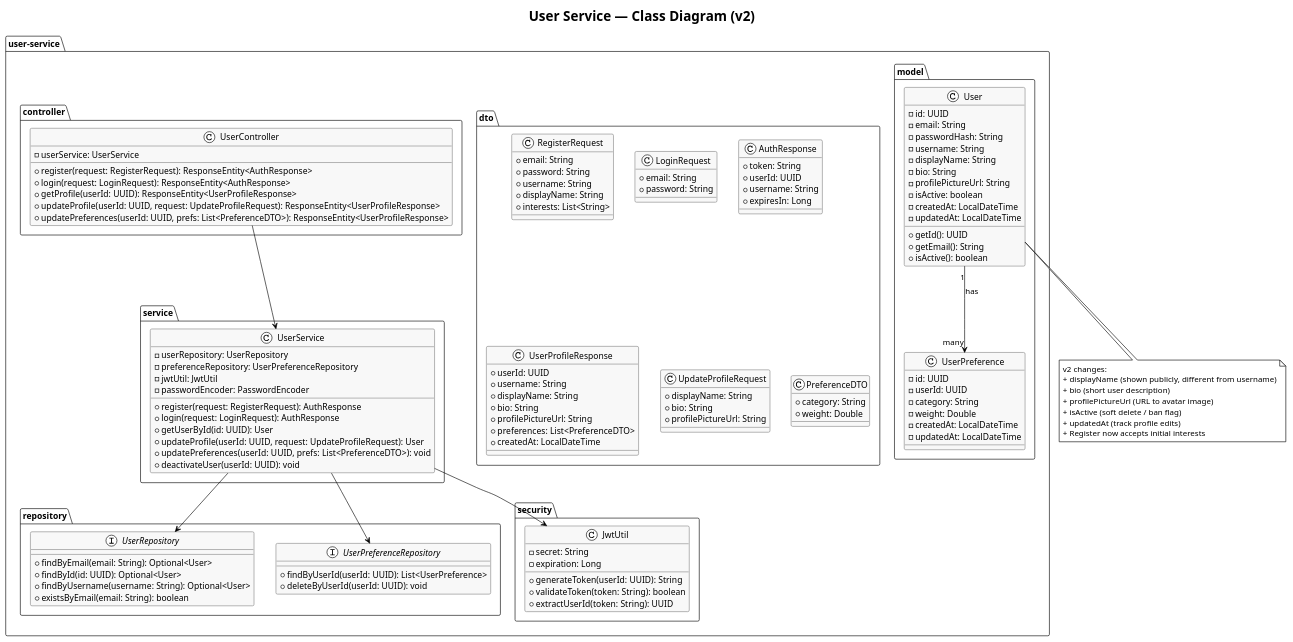
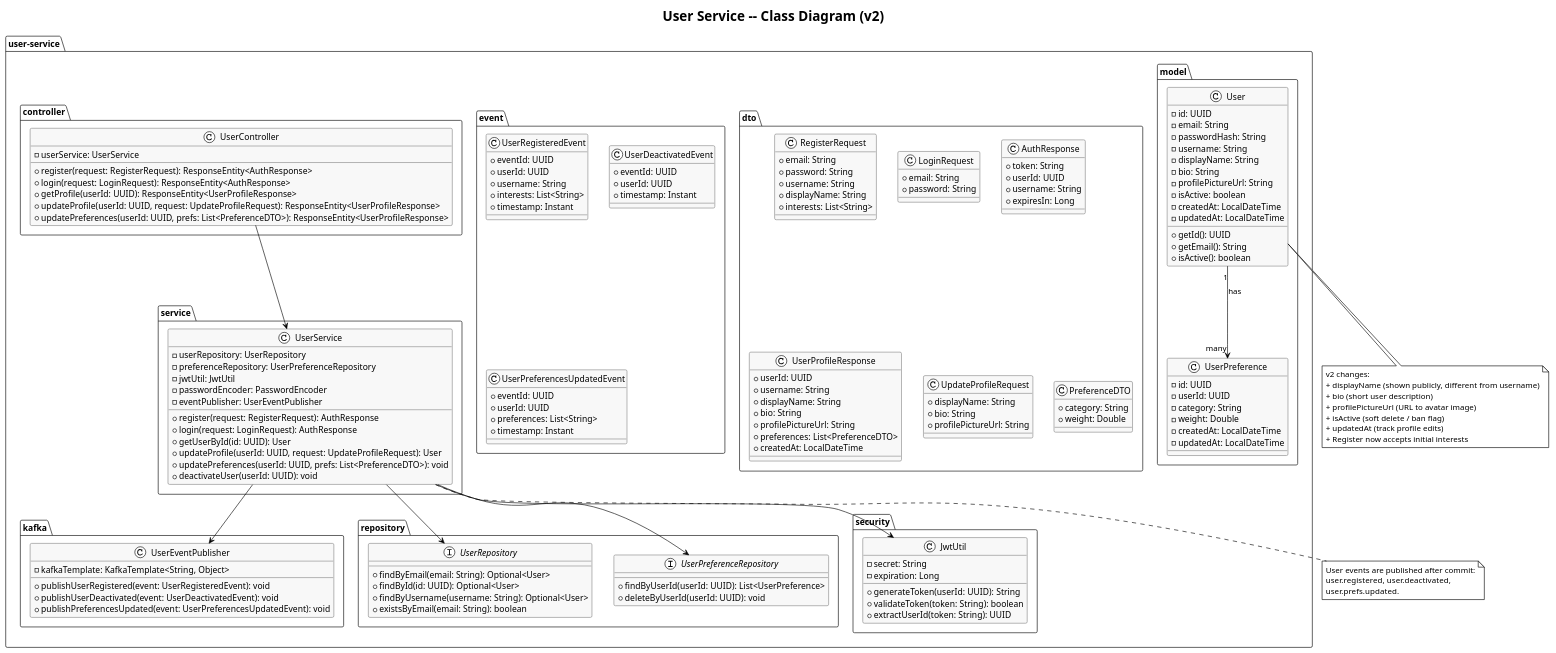
The diagram in uml/02_user_service_classes_v2.puml (AmnsAmr/recommendation_sys), drawn with PlantUML before and after one commit. The commit also changed 18 other files, not shown here.

```diff
--- a/uml/02_user_service_classes_v2.puml
+++ b/uml/02_user_service_classes_v2.puml
@@ -1,150 +1,190 @@
-@startuml User Service — Class Diagram (v2)
+@startuml User Service -- Class Diagram (v2)
 !theme plain
 skinparam backgroundColor #FFFFFF
 skinparam defaultFontName Arial
 skinparam ClassBorderColor #888888
 skinparam ClassBackgroundColor #F8F8F8
 
-title User Service — Class Diagram (v2)
+title User Service -- Class Diagram (v2)
 
 package "user-service" {
+
+  package "kafka" {
+    class UserEventPublisher {
+      - kafkaTemplate: KafkaTemplate<String, Object>
+      + publishUserRegistered(event: UserRegisteredEvent): void
+      + publishUserDeactivated(event: UserDeactivatedEvent): void
+      + publishPreferencesUpdated(event: UserPreferencesUpdatedEvent): void
+    }
+  }
 
   package "model" {
     class User {
       - id: UUID
       - email: String
       - passwordHash: String
       - username: String
       - displayName: String
       - bio: String
       - profilePictureUrl: String
       - isActive: boolean
       - createdAt: LocalDateTime
       - updatedAt: LocalDateTime
       + getId(): UUID
       + getEmail(): String
       + isActive(): boolean
     }
 
     class UserPreference {
       - id: UUID
       - userId: UUID
       - category: String
       - weight: Double
       - createdAt: LocalDateTime
       - updatedAt: LocalDateTime
     }
 
     User "1" --> "many" UserPreference : has
   }
 
   package "dto" {
     class RegisterRequest {
       + email: String
       + password: String
       + username: String
       + displayName: String
       + interests: List<String>
     }
 
     class LoginRequest {
       + email: String
       + password: String
     }
 
     class AuthResponse {
       + token: String
       + userId: UUID
       + username: String
       + expiresIn: Long
     }
 
     class UserProfileResponse {
       + userId: UUID
       + username: String
       + displayName: String
       + bio: String
       + profilePictureUrl: String
       + preferences: List<PreferenceDTO>
       + createdAt: LocalDateTime
     }
 
     class UpdateProfileRequest {
       + displayName: String
       + bio: String
       + profilePictureUrl: String
     }
 
     class PreferenceDTO {
       + category: String
       + weight: Double
     }
   }
 
+  package "event" {
+    class UserRegisteredEvent {
+      + eventId: UUID
+      + userId: UUID
+      + username: String
+      + interests: List<String>
+      + timestamp: Instant
+    }
+
+    class UserDeactivatedEvent {
+      + eventId: UUID
+      + userId: UUID
+      + timestamp: Instant
+    }
+
+    class UserPreferencesUpdatedEvent {
+      + eventId: UUID
+      + userId: UUID
+      + preferences: List<String>
+      + timestamp: Instant
+    }
+  }
+
   package "controller" {
     class UserController {
       - userService: UserService
       + register(request: RegisterRequest): ResponseEntity<AuthResponse>
       + login(request: LoginRequest): ResponseEntity<AuthResponse>
       + getProfile(userId: UUID): ResponseEntity<UserProfileResponse>
       + updateProfile(userId: UUID, request: UpdateProfileRequest): ResponseEntity<UserProfileResponse>
       + updatePreferences(userId: UUID, prefs: List<PreferenceDTO>): ResponseEntity<UserProfileResponse>
     }
   }
 
   package "service" {
     class UserService {
       - userRepository: UserRepository
       - preferenceRepository: UserPreferenceRepository
       - jwtUtil: JwtUtil
       - passwordEncoder: PasswordEncoder
+      - eventPublisher: UserEventPublisher
       + register(request: RegisterRequest): AuthResponse
       + login(request: LoginRequest): AuthResponse
       + getUserById(id: UUID): User
       + updateProfile(userId: UUID, request: UpdateProfileRequest): User
       + updatePreferences(userId: UUID, prefs: List<PreferenceDTO>): void
       + deactivateUser(userId: UUID): void
     }
   }
 
   package "repository" {
     interface UserRepository {
       + findByEmail(email: String): Optional<User>
       + findById(id: UUID): Optional<User>
       + findByUsername(username: String): Optional<User>
       + existsByEmail(email: String): boolean
     }
 
     interface UserPreferenceRepository {
       + findByUserId(userId: UUID): List<UserPreference>
       + deleteByUserId(userId: UUID): void
     }
   }
 
   package "security" {
     class JwtUtil {
       - secret: String
       - expiration: Long
       + generateToken(userId: UUID): String
       + validateToken(token: String): boolean
       + extractUserId(token: String): UUID
     }
   }
 
   UserController --> UserService
   UserService --> UserRepository
   UserService --> UserPreferenceRepository
   UserService --> JwtUtil
+  UserService --> UserEventPublisher
 }
 
 note bottom of User
   v2 changes:
   + displayName (shown publicly, different from username)
   + bio (short user description)
   + profilePictureUrl (URL to avatar image)
   + isActive (soft delete / ban flag)
   + updatedAt (track profile edits)
   + Register now accepts initial interests
 end note
 
+note bottom of UserService
+  User events are published after commit:
+  user.registered, user.deactivated,
+  user.prefs.updated.
+end note
+
 @enduml
```
